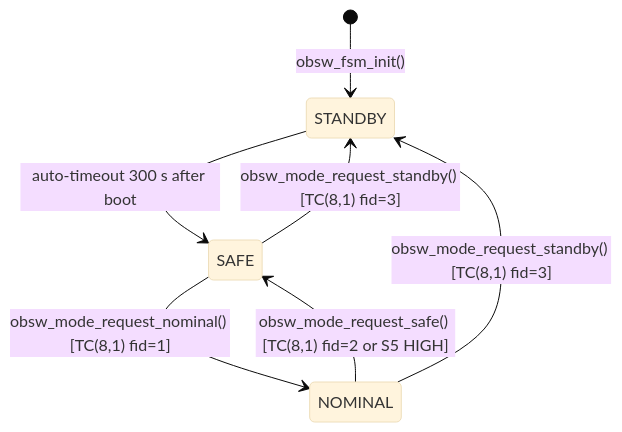
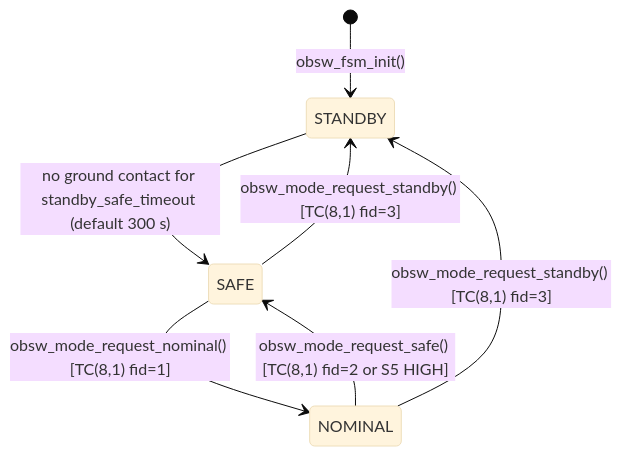
The second of 4 diagrams in docs/architecture.md (lipofefeyt/openobsw), drawn with Mermaid (base theme) before and after one commit. The commit also changed other lines of this file and 13 other files, not shown here.

First line of the commit message:
feat(mode): tunable LEOP STANDBY→SAFE timeout, restarted by ground contact (#111)

````diff
--- a/docs/architecture.md
+++ b/docs/architecture.md
@@ -303,9 +303,9 @@
 ```mermaid
 stateDiagram-v2
     [*] --> STANDBY : obsw_fsm_init()
-    STANDBY --> SAFE : auto-timeout 300 s after boot
+    STANDBY --> SAFE : no ground contact for standby_safe_timeout (default 300 s)
     SAFE --> NOMINAL : obsw_mode_request_nominal() [TC(8,1) fid=1]
     NOMINAL --> SAFE : obsw_mode_request_safe() [TC(8,1) fid=2 or S5 HIGH]
     SAFE --> STANDBY : obsw_mode_request_standby() [TC(8,1) fid=3]
     NOMINAL --> STANDBY : obsw_mode_request_standby() [TC(8,1) fid=3]
 ```
````
